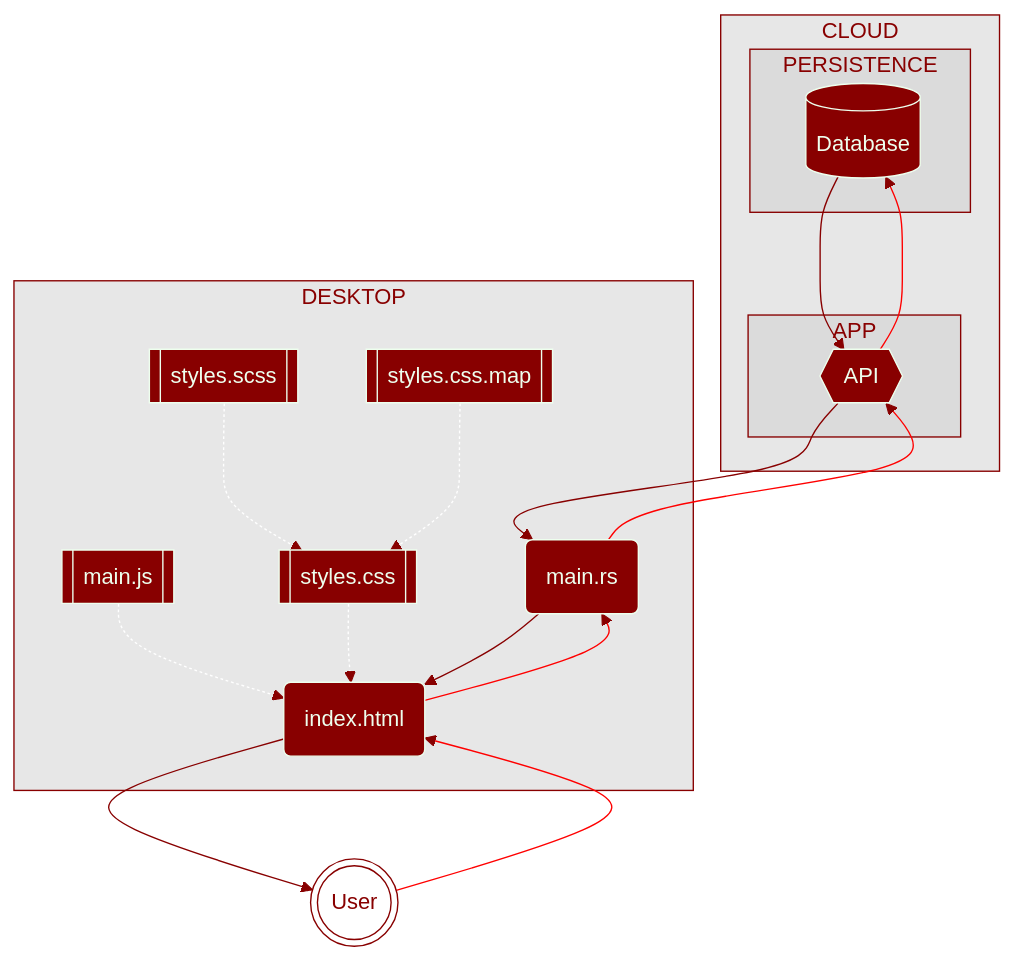
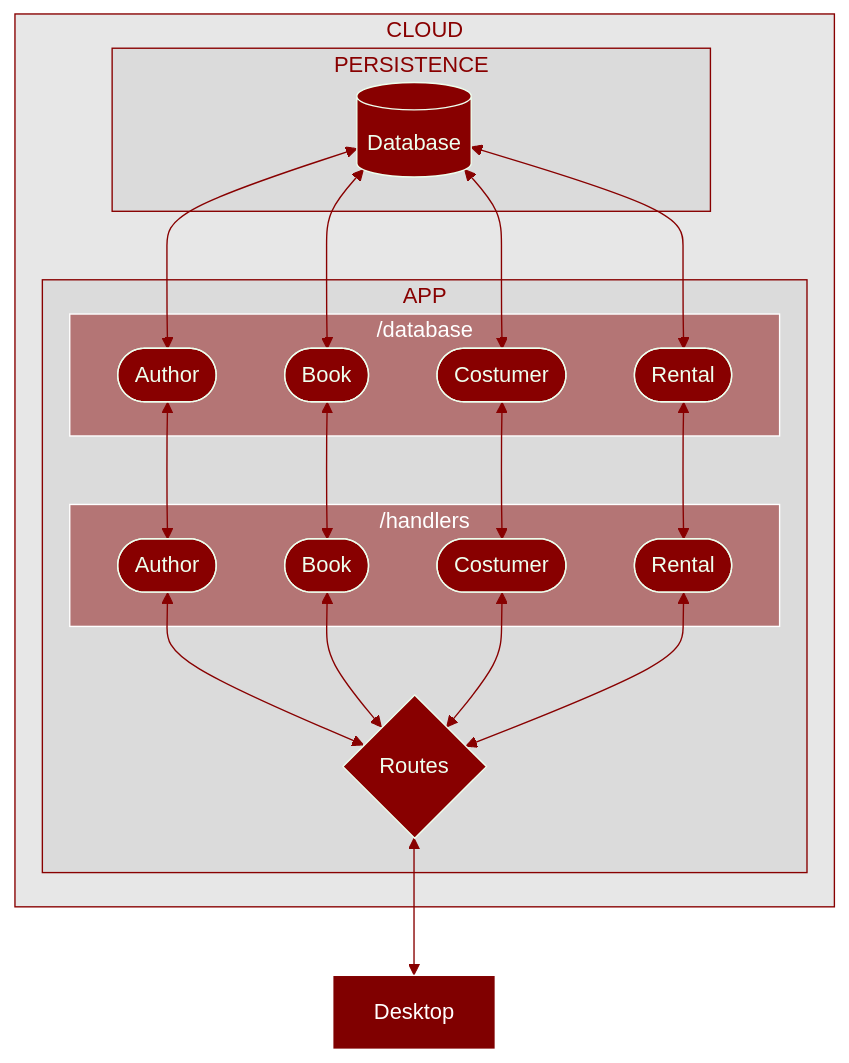
Before and after one commit to LucasGoncSilva/bookery: the diagram in BOOKERY/api/docs/README.md, drawn with Mermaid.

Commit message:
updates API's README

````diff
--- a/BOOKERY/api/docs/README.md
+++ b/BOOKERY/api/docs/README.md
@@ -61,61 +61,55 @@
 ```mermaid
-flowchart TB
+flowchart BT
 
 
 subgraph CLOUD
-    subgraph PERSISTENCE
-        Database[(Database)]:::Arch
+    subgraph APP
+        Routes{Routes}:::Arch
+
+        subgraph "/handlers"
+            AuthorH(["Author"]):::Arch
+            BookH(["Book"]):::Arch
+            CostumerH(["Costumer"]):::Arch
+            RentalH(["Rental"]):::Arch
+        end
+
+        subgraph "/database"
+            AuthorD(["Author"]):::Arch
+            BookD(["Book"]):::Arch
+            CostumerD(["Costumer"]):::Arch
+            RentalD(["Rental"]):::Arch
+        end
     end
 
-    subgraph APP
-        API{{API}}:::Arch
+    subgraph PERSISTENCE
+        Persistence[(Database)]:::Arch
     end
 end
 
-subgraph DESKTOP
-    HTML(index.html):::Arch
-
-    CSS[[styles.css]]:::Arch
-    SCSS[[styles.scss]]:::Arch
-    CSSMAP[[styles.css.map]]:::Arch
-
-    JS[[main.js]]:::Arch
-
-    RS(main.rs):::Arch
-end
-
-User(((User)))
+Desktop[Desktop]
 
 
-User --> HTML
+Desktop <--> Routes
 
-SCSS & CSSMAP -.-> CSS
-JS & CSS -.-> HTML
+Routes <--> AuthorH & BookH & CostumerH & RentalH
 
-HTML --> RS
+AuthorH <--> AuthorD
+BookH <--> BookD
+CostumerH <--> CostumerD
+RentalH <--> RentalD
 
-RS ~~~ API
-RS --> API
-API --> Database
-Database --> API
-Database ~~~ API
-Database ~~~ API
-API --> RS
-
-RS --> HTML
-HTML --> User
+AuthorD & BookD & CostumerD & RentalD <--> Persistence
 
 
 style CLOUD fill:#ccc7,color:#800,stroke:#800;
 style APP fill:#ccc7,color:#800,stroke:#800;
 style PERSISTENCE fill:#ccc7,color:#800,stroke:#800;
-style DESKTOP fill:#ccc7,color:#800,stroke:#800;
+style /handlers fill:#8007,color:#fff,stroke:#fff;
+style /database fill:#8007,color:#fff,stroke:#fff;
 
-style User fill:#fff,color:#800,stroke:#800;
+style Desktop fill:#800000,color:#fff,stroke:#fff;
 
 classDef Arch fill:#800,color:#efe,stroke:#efe;
 
-linkStyle 1,2,3,4 stroke:#fff
-linkStyle 5,6,7,8,0 stroke:#f00
 linkStyle default stroke:#800
 ```
````
